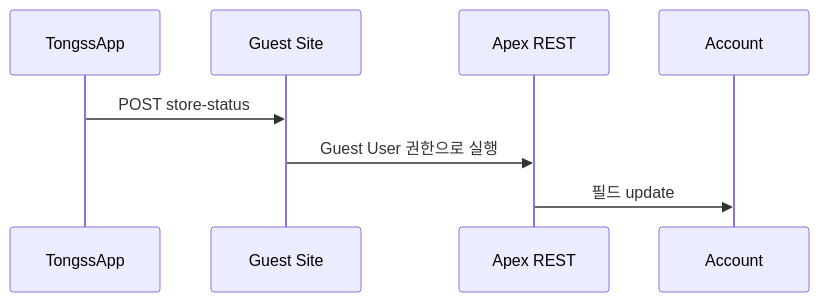
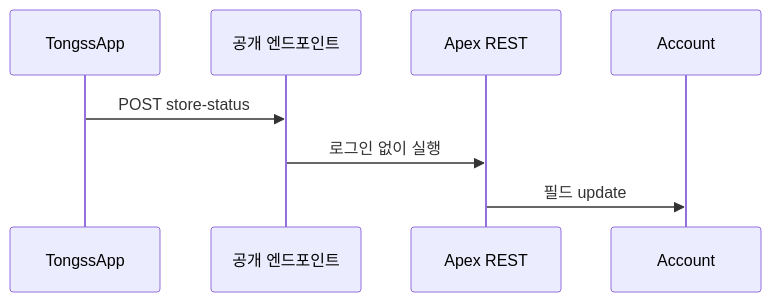
Before and after one commit to sara6ang/project-starter: the diagram in integration-lead/docs/02_API_CONTRACT.md, drawn with Mermaid. The commit also changed other lines of this file and 22 other files, not shown here.

````diff
--- a/integration-lead/docs/02_API_CONTRACT.md
+++ b/integration-lead/docs/02_API_CONTRACT.md
@@ -20,6 +22,6 @@
 ```mermaid
 sequenceDiagram
-    TongssApp->>Guest Site: POST store-status
-    Guest Site->>Apex REST: Guest User 권한으로 실행
+    TongssApp->>공개 엔드포인트: POST store-status
+    공개 엔드포인트->>Apex REST: 로그인 없이 실행
     Apex REST->>Account: 필드 update
 ```
````
